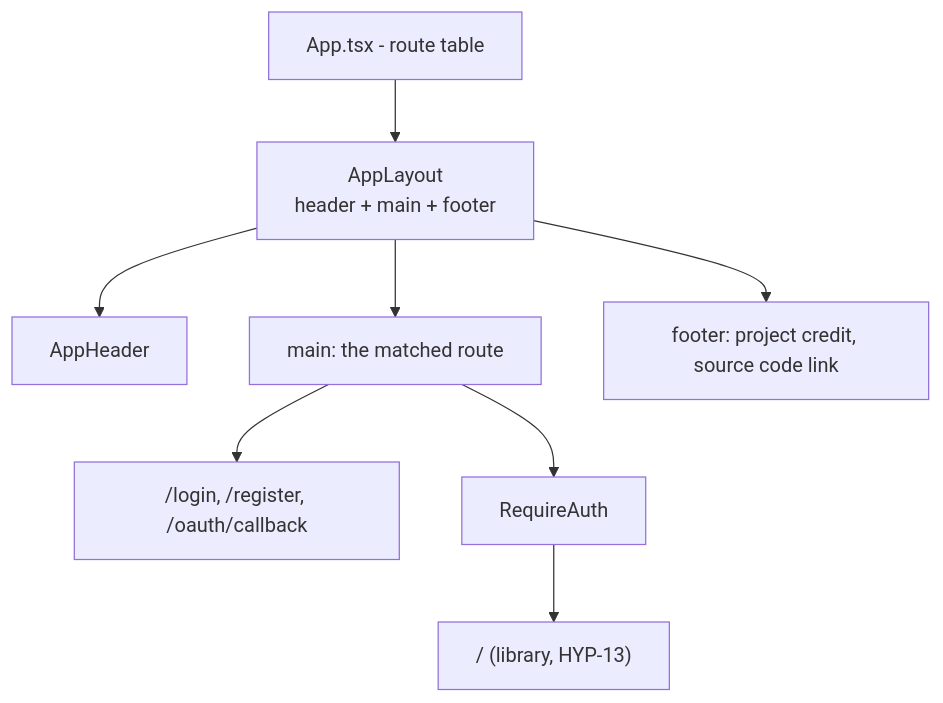
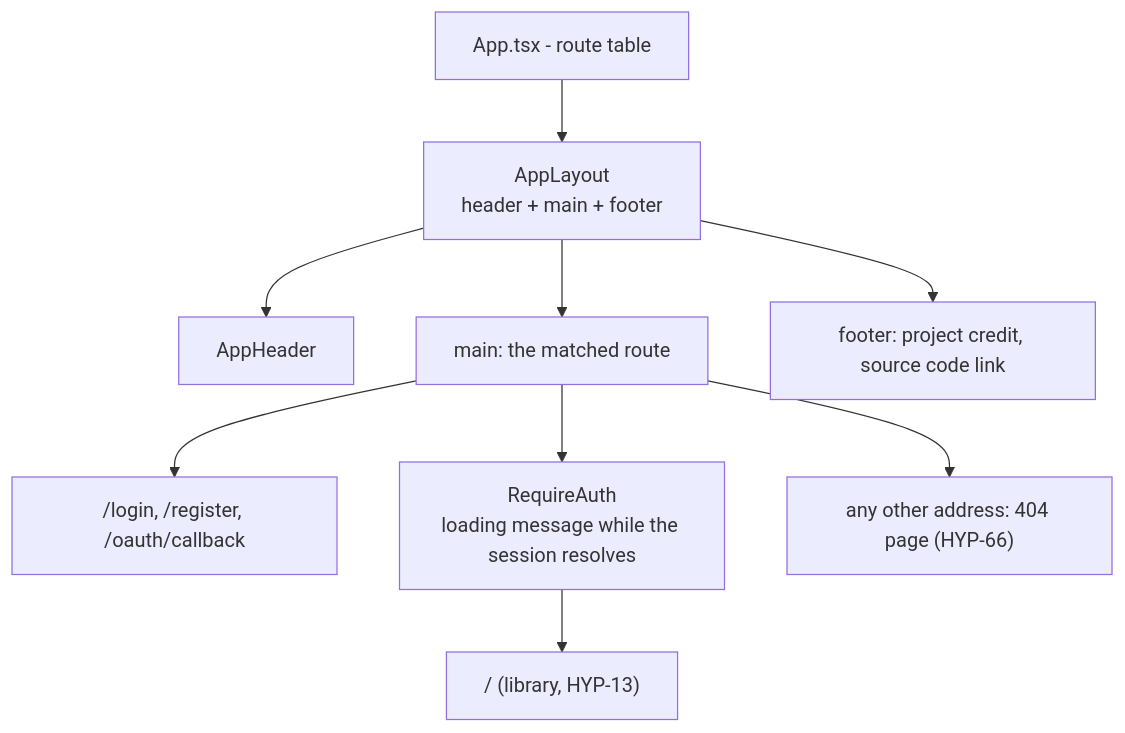
The first of 2 diagrams in docs/diagrams/layout.md (kidp8479/42_hypertube), drawn with Mermaid before and after one commit. The commit also changed 1 other file, not shown here.

Commit message:
docs(HYP-66): the layout and auth pages mention the 404 page and the loading message

````diff
--- a/docs/diagrams/layout.md
+++ b/docs/diagrams/layout.md
@@ -12,10 +12,11 @@
 ```mermaid
 flowchart TB
     App["App.tsx - route table"] --> Layout["AppLayout<br/>header + main + footer"]
     Layout --> Header["AppHeader"]
     Layout --> Main["main: the matched route"]
     Layout --> Footer["footer: project credit, source code link"]
     Main --> Public["/login, /register, /oauth/callback"]
-    Main --> Guard["RequireAuth"]
+    Main --> Guard["RequireAuth<br/>loading message while the session resolves"]
     Guard --> Home["/ (library, HYP-13)"]
+    Main --> NotFound["any other address: 404 page (HYP-66)"]
 ```
````
